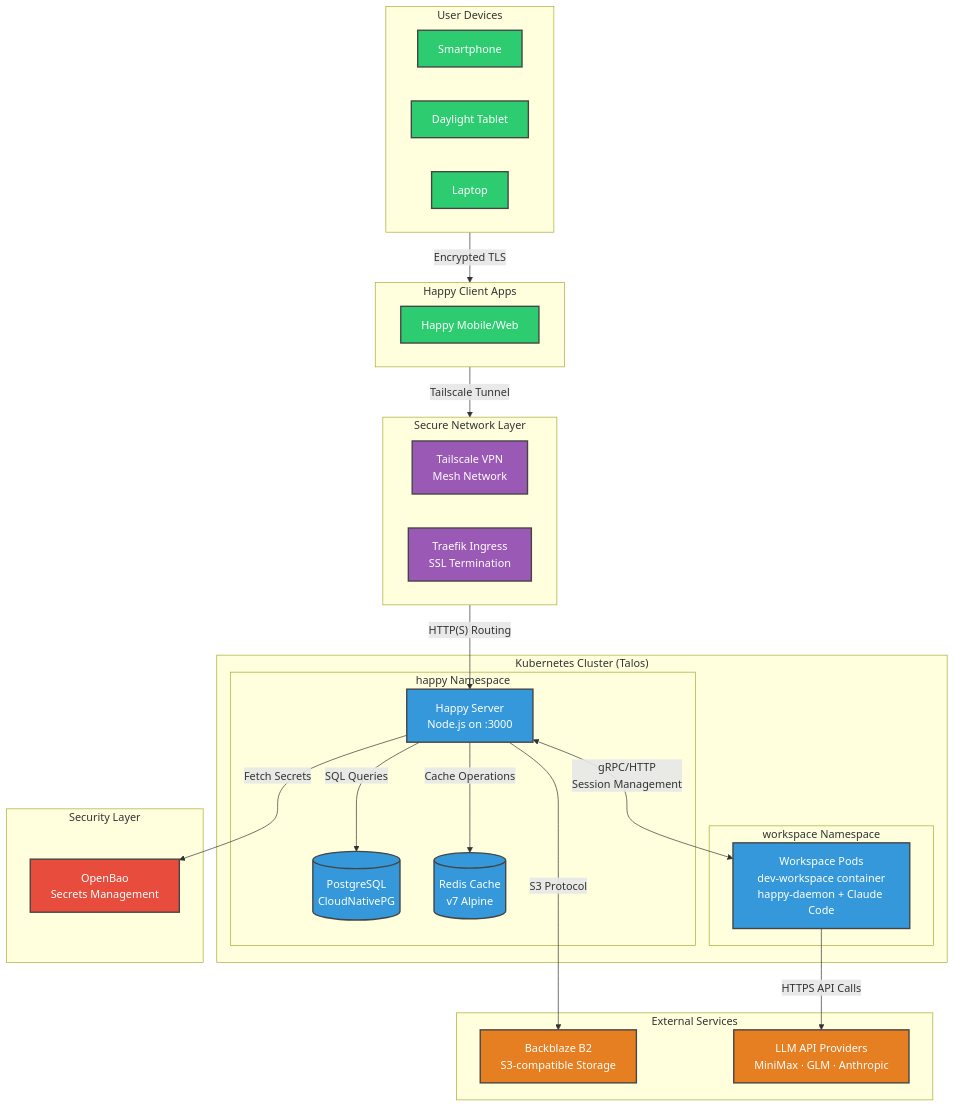
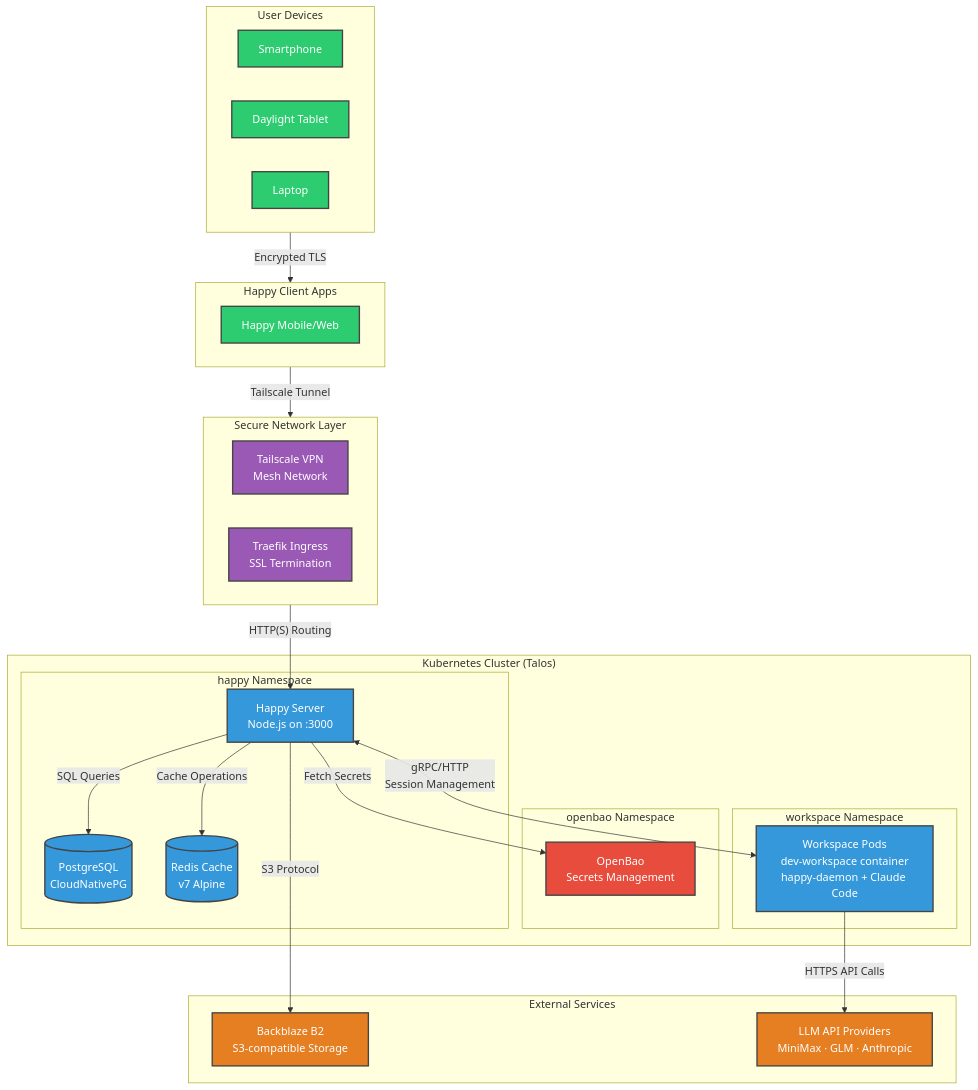
One commit to denysvitali/denvit-blog changed the diagram in content/posts/im-happy-engineer-now.md. Above: the diagram before and after it, drawn with Mermaid.

Commit message:
docs: move OpenBao into Kubernetes cluster in architecture diagram
OpenBao runs on the cluster in the openbao namespace, not as an
external service. Update the Mermaid diagram to reflect this by
moving OpenBao from the external "Security Layer" into the
Kubernetes cluster namespace.

🤖 Generated with [Claude Code](https://claude.com/claude-code)
via [Happy](https://happy.engineering)

````diff
--- a/content/posts/im-happy-engineer-now.md
+++ b/content/posts/im-happy-engineer-now.md
@@ -141,59 +141,58 @@
 ```mermaid
 graph TB
     subgraph Devices["User Devices"]
         D1[Smartphone]
         D2[Daylight Tablet]
         D3[Laptop]
     end
 
     subgraph HappyClient["Happy Client Apps"]
         HA[Happy Mobile/Web]
     end
 
     subgraph Network["Secure Network Layer"]
         TS[Tailscale VPN<br/>Mesh Network]
         TR[Traefik Ingress<br/>SSL Termination]
     end
 
     subgraph K8s["Kubernetes Cluster (Talos)"]
         subgraph HappyNamespace["happy Namespace"]
             S[Happy Server<br/>Node.js on :3000]
             DB[(PostgreSQL<br/>CloudNativePG)]
             R[(Redis Cache<br/>v7 Alpine)]
         end
+        subgraph SecurityNamespace["openbao Namespace"]
+            OB[OpenBao<br/>Secrets Management]
+        end
         subgraph WorkspaceNamespace["workspace Namespace"]
             W[Workspace Pods<br/>dev-workspace container<br/>happy-daemon + Claude Code]
         end
     end
 
     subgraph External["External Services"]
         B2[Backblaze B2<br/>S3-compatible Storage]
         LLM[LLM API Providers<br/>MiniMax · GLM · Anthropic]
-    end
-
-    subgraph Security["Security Layer"]
-        OB[OpenBao<br/>Secrets Management]
     end
 
     Devices -->|"Encrypted TLS"| HappyClient
     HappyClient -->|"Tailscale Tunnel"| Network
     Network -->|"HTTP(S) Routing"| S
     S -->|"SQL Queries"| DB
     S -->|"Cache Operations"| R
     S -->|"S3 Protocol"| B2
     S <-->|"gRPC/HTTP<br/>Session Management"| W
     W -->|"HTTPS API Calls"| LLM
     S -->|"Fetch Secrets"| OB
 
     classDef client fill:#2ecc71,stroke:#444,stroke-width:2px,color:#fff
     classDef network fill:#9b59b6,stroke:#444,stroke-width:2px,color:#fff
     classDef k8s fill:#3498db,stroke:#444,stroke-width:2px,color:#fff
+    classDef k8sSecurity fill:#e74c3c,stroke:#444,stroke-width:2px,color:#fff
     classDef external fill:#e67e22,stroke:#444,stroke-width:2px,color:#fff
-    classDef security fill:#e74c3c,stroke:#444,stroke-width:2px,color:#fff
 
     class D1,D2,D3,HA client
     class TS,TR network
     class S,DB,R,W k8s
+    class OB k8sSecurity
     class B2,LLM external
-    class OB security
 ```
````
